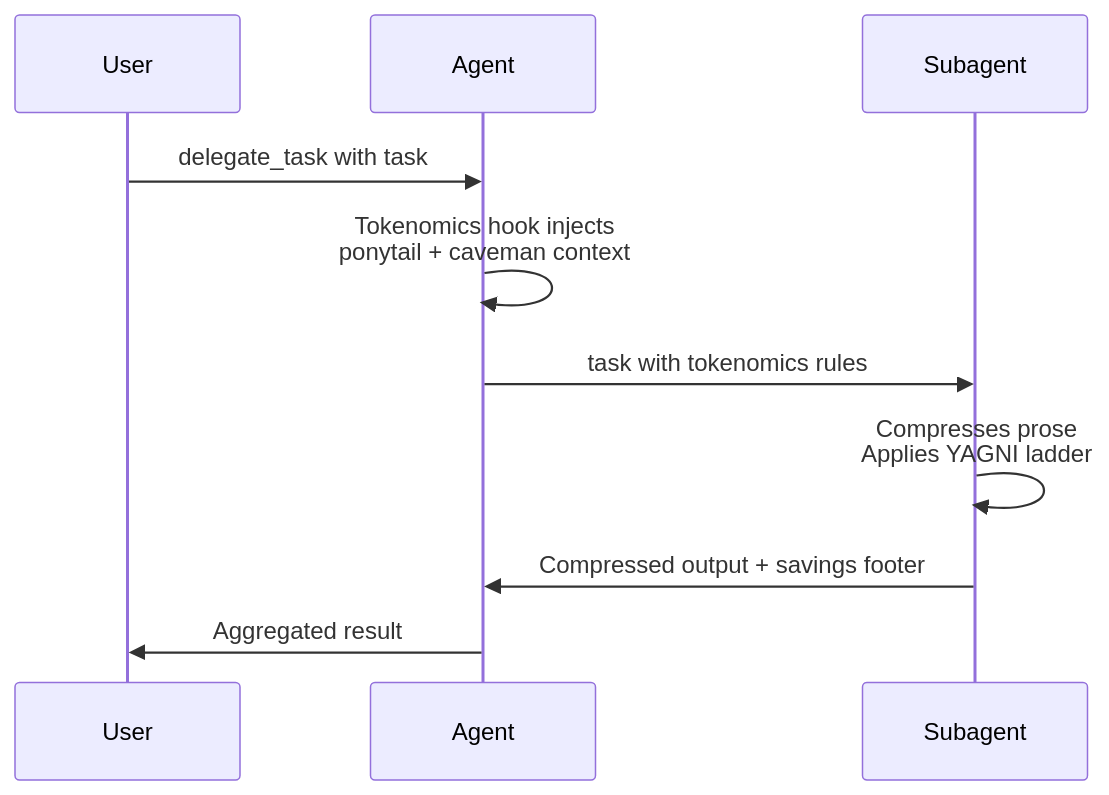
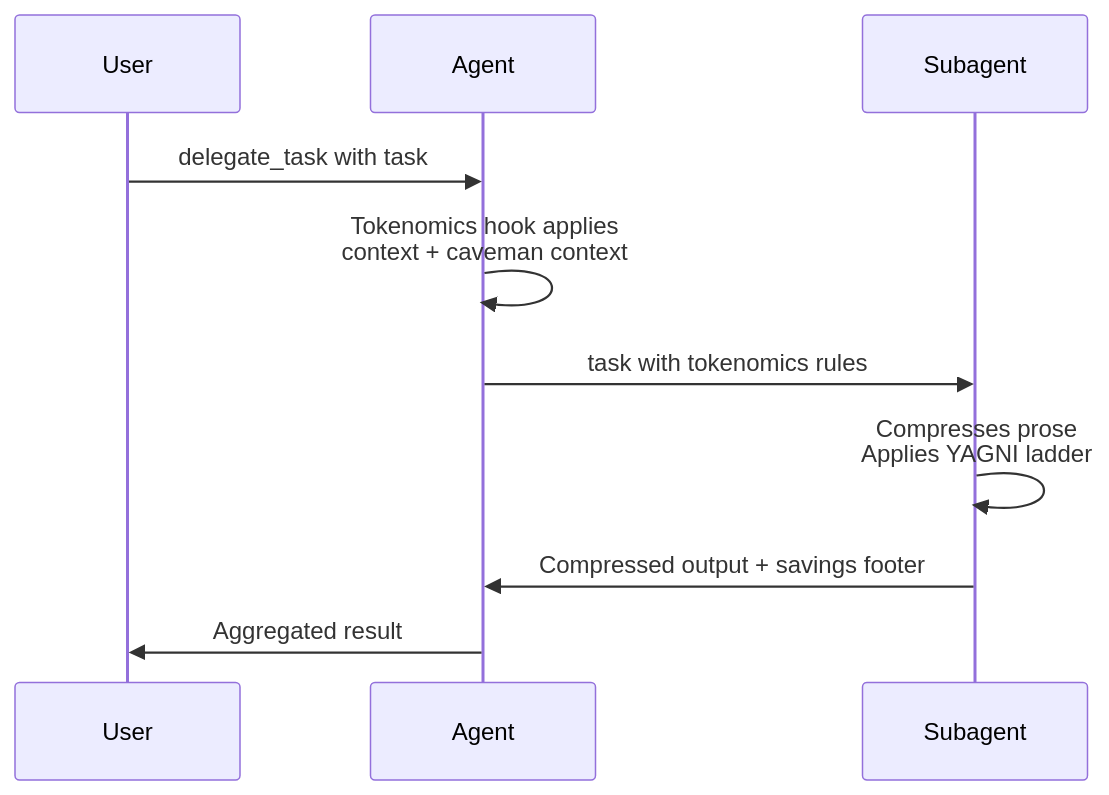
One commit to z99wE/tokenomics-plugin changed the third of 3 diagrams in claude-code/SKILL.md. Above: the diagram before and after it, drawn with Mermaid. The commit also changed other lines of this file and 7 other files, not shown here.

First line of the commit message:
v2.1.0: Remove pre_llm_call hook, add enhanced features beyond caveman/ponytail

````diff
--- a/claude-code/SKILL.md
+++ b/claude-code/SKILL.md
@@ -139,12 +139,12 @@
 ```mermaid
 sequenceDiagram
     participant User
     participant Agent
     participant Subagent
     User->>Agent: delegate_task with task
-    Agent->>Agent: Tokenomics hook injects<br/>ponytail + caveman context
+    Agent->>Agent: Tokenomics hook applies<br/>context + caveman context
     Agent->>Subagent: task with tokenomics rules
     Subagent->>Subagent: Compresses prose<br/>Applies YAGNI ladder
     Subagent->>Agent: Compressed output + savings footer
     Agent->>User: Aggregated result
 ```
````
